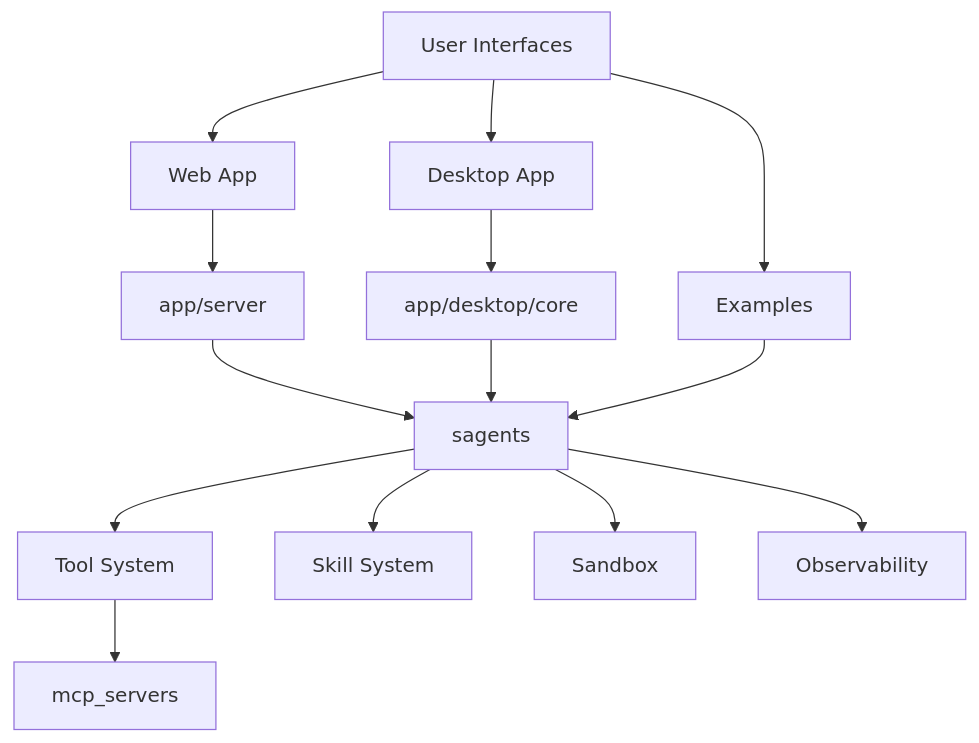
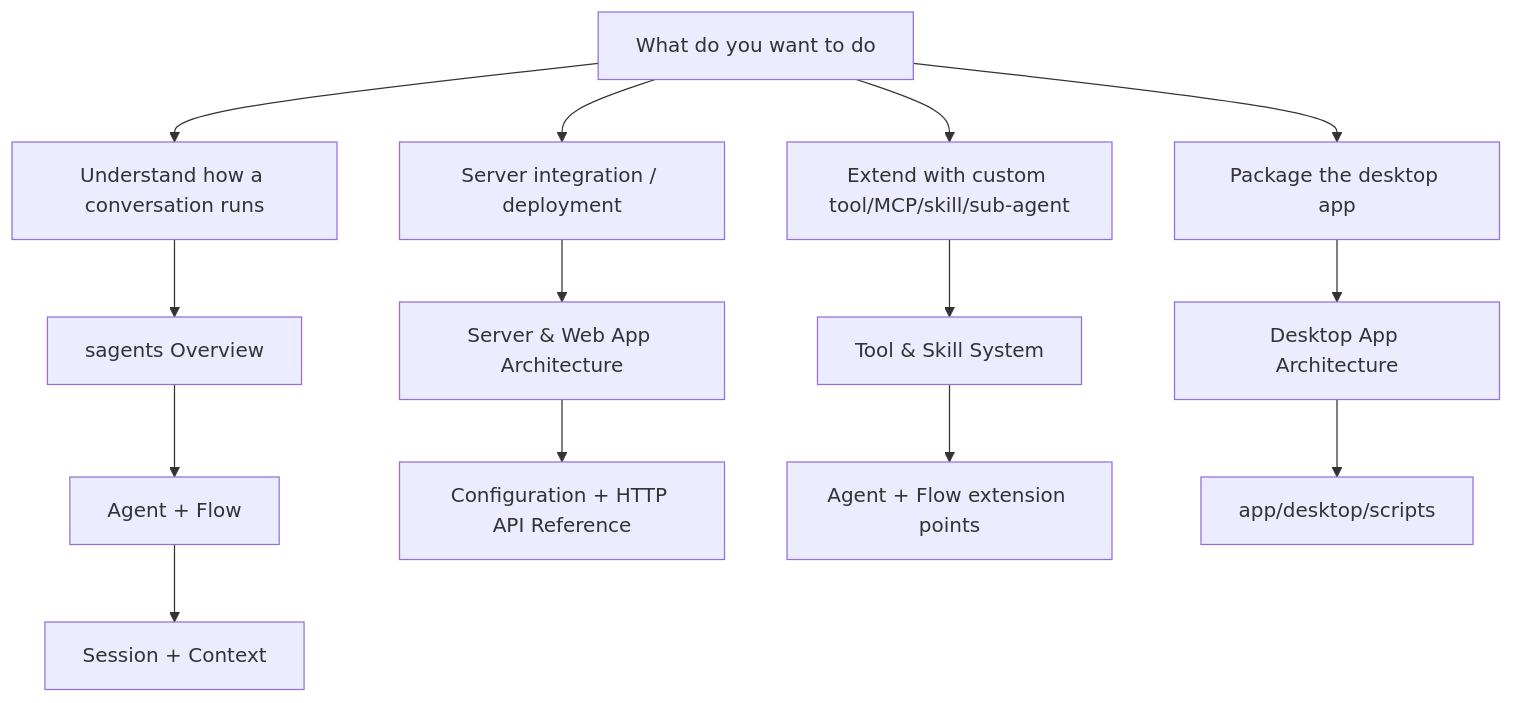
The third of 3 diagrams in docs/en/ARCHITECTURE.md (ZHangZHengEric/Sage), drawn with Mermaid before and after one commit. The commit also changed other lines of this file and 36 other files, not shown here.

First line of the commit message:
refactor(sagents): split agent_base into reusable utils + dedupe session/sandbox boilerplate

````diff
--- a/docs/en/ARCHITECTURE.md
+++ b/docs/en/ARCHITECTURE.md
@@ -27,16 +101,16 @@
 ```mermaid
 flowchart TD
-    User[User Interfaces] --> Web[Web App]
-    User --> Desktop[Desktop App]
-    User --> Examples[Examples]
-    Web --> Server[app/server]
-    Desktop --> DesktopCore[app/desktop/core]
-    Server --> Runtime[sagents]
-    DesktopCore --> Runtime
-    Examples --> Runtime
-    Runtime --> Tools[Tool System]
-    Runtime --> Skills[Skill System]
-    Runtime --> Sandbox[Sandbox]
-    Runtime --> Obs[Observability]
-    Tools --> MCP[mcp_servers]
+    Want[What do you want to do]
+
+    Want --> A[Understand how a conversation runs]
+    A --> A1[sagents Overview] --> A2[Agent + Flow] --> A3[Session + Context]
+
+    Want --> B[Server integration / deployment]
+    B --> B1[Server & Web App Architecture] --> B2[Configuration + HTTP API Reference]
+
+    Want --> C[Extend with custom tool/MCP/skill/sub-agent]
+    C --> C1[Tool & Skill System] --> C2[Agent + Flow extension points]
+
+    Want --> D[Package the desktop app]
+    D --> D1[Desktop App Architecture] --> D2[app/desktop/scripts]
 ```
````
